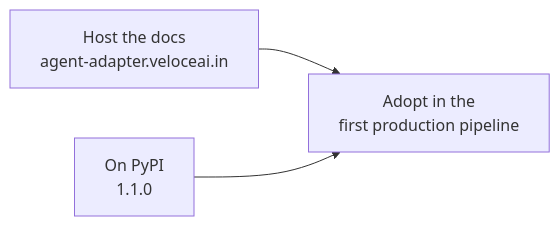
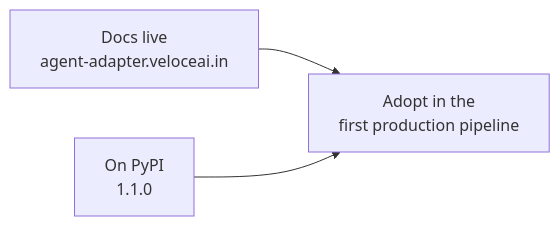
One commit to VeloceAI/agent-adapter changed the diagram in NEXT_STEPS.md. Above: the diagram before and after it, drawn with Mermaid. The commit also changed other lines of this file and 3 other files, not shown here.

First line of the commit message:
Host the docs at agent-adapter.veloceai.in with a one-command deploy

````diff
--- a/NEXT_STEPS.md
+++ b/NEXT_STEPS.md
@@ -9,5 +10,5 @@
 ```mermaid
 flowchart LR
-  D["Host the docs<br/>agent-adapter.veloceai.in"] --> A["Adopt in the<br/>first production pipeline"]
+  D["Docs live<br/>agent-adapter.veloceai.in"] --> A["Adopt in the<br/>first production pipeline"]
   P["On PyPI<br/>1.1.0"] --> A
 ```
````
